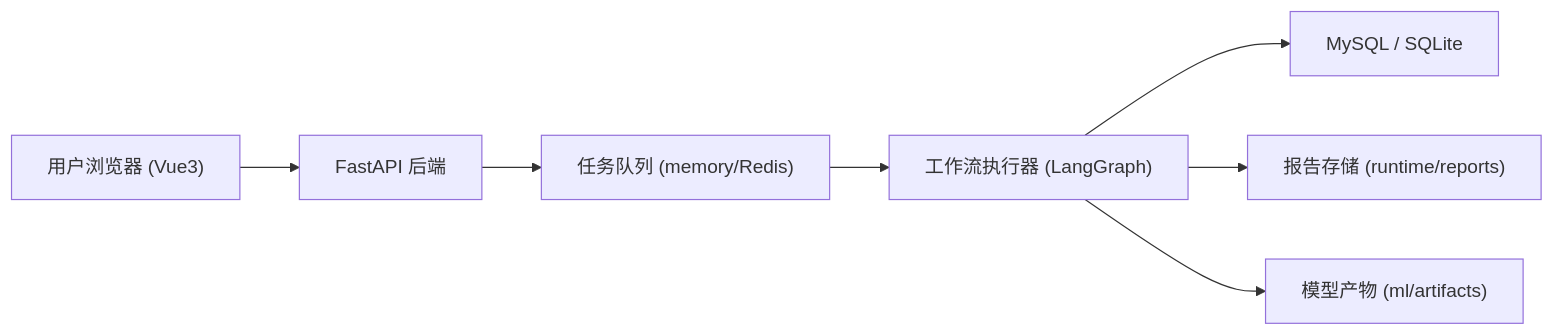
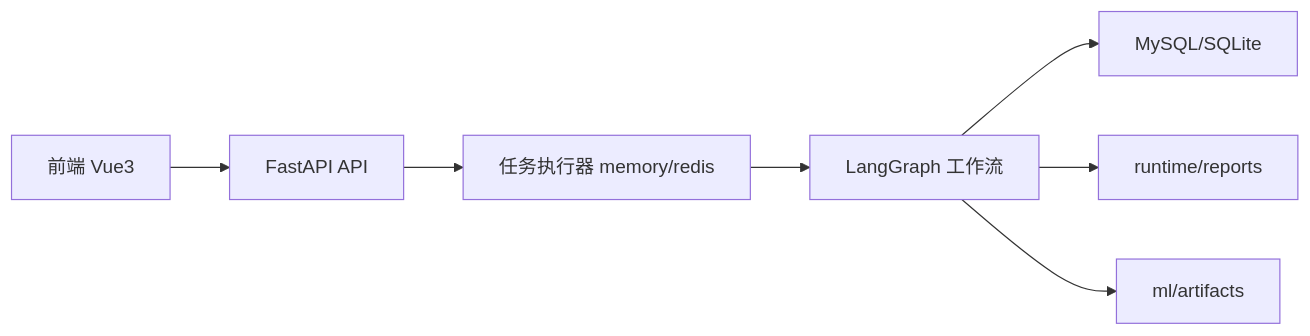
One commit to N0va-7/PEA_Agent changed the diagram in docs/handbook/01_system_architecture.md. Above: the diagram before and after it, drawn with Mermaid. The commit also changed other lines of this file and 11 other files, not shown here.

````diff
--- a/docs/handbook/01_system_architecture.md
+++ b/docs/handbook/01_system_architecture.md
@@ -5,9 +5,9 @@
 ```mermaid
 flowchart LR
-  U["用户浏览器 (Vue3)"] --> API["FastAPI 后端"]
-  API --> Q["任务队列 (memory/Redis)"]
-  Q --> W["工作流执行器 (LangGraph)"]
-  W --> DB["MySQL / SQLite"]
-  W --> R["报告存储 (runtime/reports)"]
-  W --> M["模型产物 (ml/artifacts)"]
+  U["前端 Vue3"] --> API["FastAPI API"]
+  API --> Q["任务执行器 memory/redis"]
+  Q --> WF["LangGraph 工作流"]
+  WF --> DB["MySQL/SQLite"]
+  WF --> RPT["runtime/reports"]
+  WF --> ART["ml/artifacts"]
 ```
````
